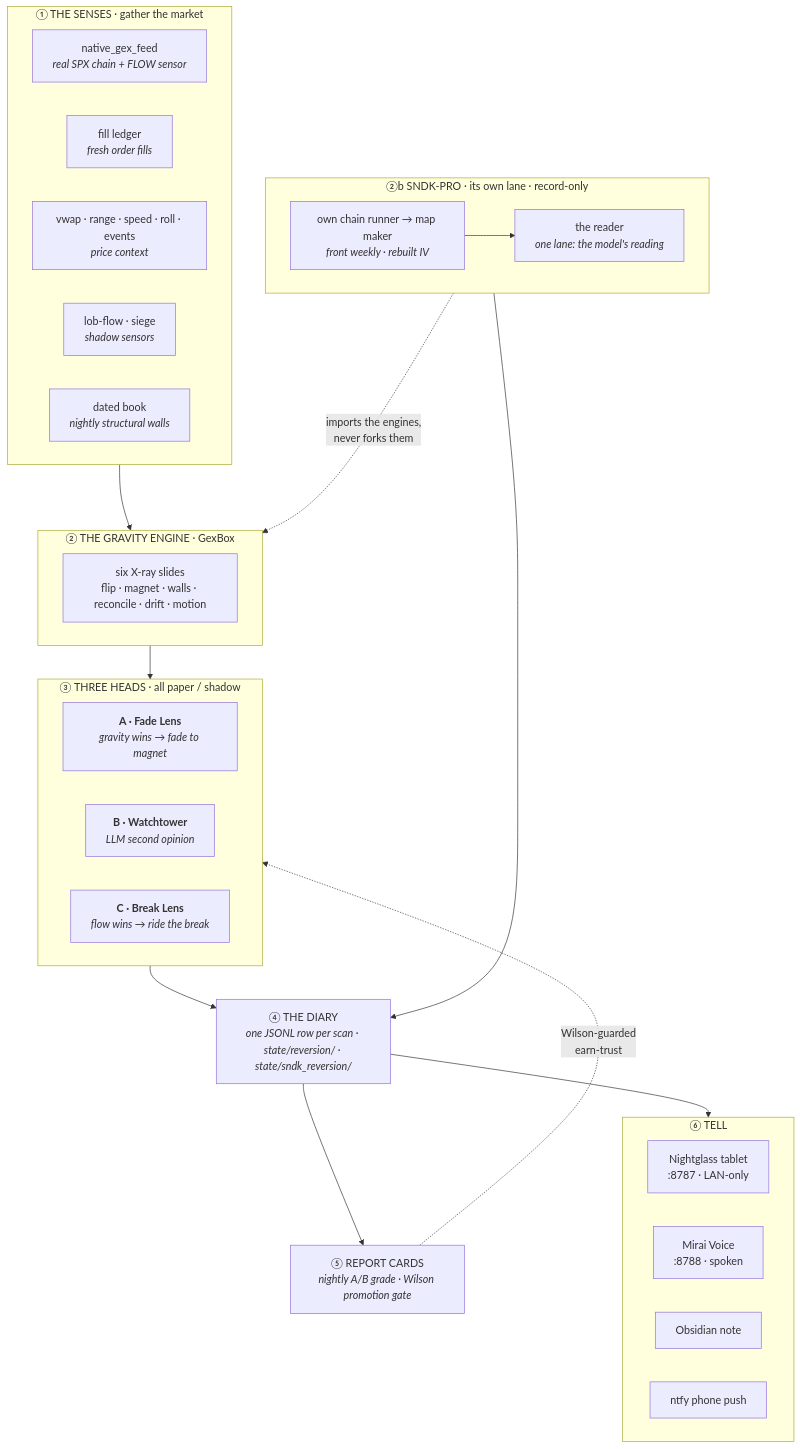
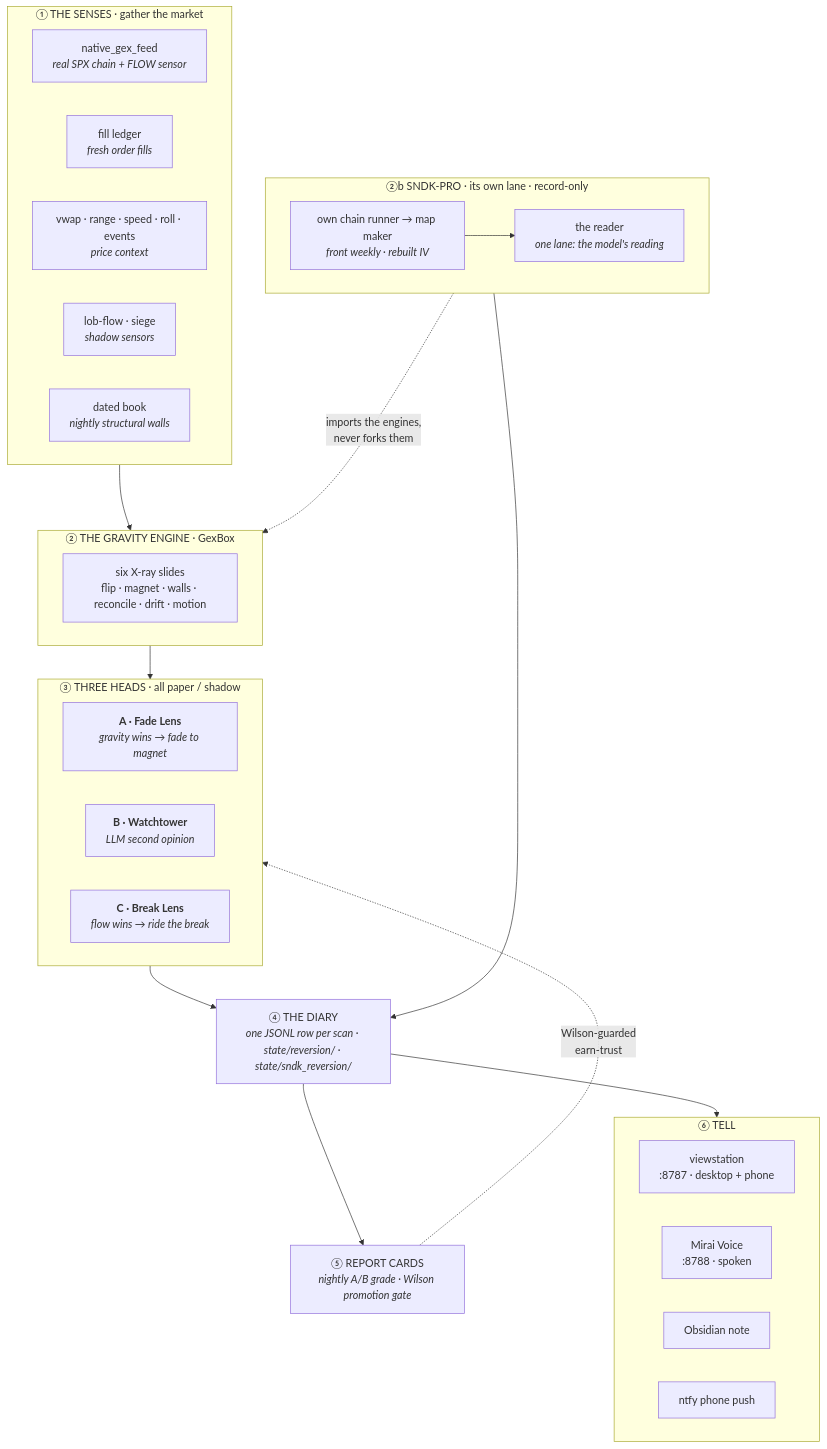
The diagram in README.md (fivestone14/mirai-station), drawn with Mermaid before and after one commit. The commit also changed other lines of this file and 14 other files, not shown here.

````diff
--- a/README.md
+++ b/README.md
@@ -55,47 +55,47 @@
 ```mermaid
 flowchart TB
   subgraph SENSES["① THE SENSES · gather the market"]
     direction LR
     THETA["native_gex_feed<br/><i>real SPX chain + FLOW sensor</i>"]
     FILL["fill ledger<br/><i>fresh order fills</i>"]
     CTX["vwap · range · speed · roll · events<br/><i>price context</i>"]
     LOB["lob-flow · siege<br/><i>shadow sensors</i>"]
     DATED["dated book<br/><i>nightly structural walls</i>"]
   end
 
   subgraph ENGINE["② THE GRAVITY ENGINE · GexBox"]
     GEX["six X-ray slides<br/>flip · magnet · walls · reconcile · drift · motion"]
   end
 
   subgraph HEADS["③ THREE HEADS · all paper / shadow"]
     direction LR
     FADE["<b>A · Fade Lens</b><br/><i>gravity wins → fade to magnet</i>"]
     WT["<b>B · Watchtower</b><br/><i>LLM second opinion</i>"]
     BREAK["<b>C · Break Lens</b><br/><i>flow wins → ride the break</i>"]
   end
 
   subgraph SNDKPRO["②b SNDK-PRO · its own lane · record-only"]
     direction LR
     SFEED["own chain runner → map maker<br/><i>front weekly · rebuilt IV</i>"]
     SREAD["the reader<br/><i>one lane: the model's reading</i>"]
     SFEED --> SREAD
   end
 
   DIARY["④ THE DIARY<br/><i>one JSONL row per scan · state/reversion/ · state/sndk_reversion/</i>"]
   CARD["⑤ REPORT CARDS<br/><i>nightly A/B grade · Wilson promotion gate</i>"]
 
   subgraph TELL["⑥ TELL"]
     direction LR
-    TABLET["Nightglass tablet<br/>:8787 · LAN-only"]
+    VIEW["viewstation<br/>:8787 · desktop + phone"]
     VOICE["Mirai Voice<br/>:8788 · spoken"]
     NOTE["Obsidian note"]
     BELL["ntfy phone push"]
   end
 
   SENSES --> ENGINE --> HEADS --> DIARY
   SNDKPRO -. "imports the engines,<br/>never forks them" .-> ENGINE
   SNDKPRO --> DIARY
   DIARY --> CARD
   CARD -. "Wilson-guarded<br/>earn-trust" .-> HEADS
   DIARY --> TELL
 ```
````
